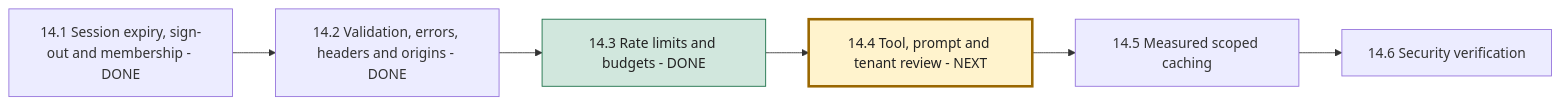
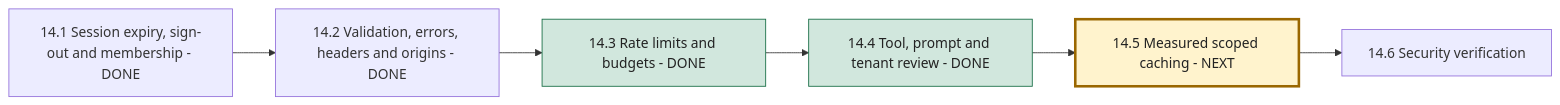
One commit to msdian0007/nexaAi changed the sixth of 6 diagrams in NEXAAI_ROADMAP.md. Above: the diagram before and after it, drawn with Mermaid. The commit also changed other lines of this file and 22 other files, not shown here.

Commit message:
prompts, tool permissions, tenant isolation and secrets

````diff
--- a/NEXAAI_ROADMAP.md
+++ b/NEXAAI_ROADMAP.md
@@ -373,10 +378,11 @@
 ```mermaid
 flowchart LR
     A[14.1 Session expiry, sign-out and membership - DONE] --> B[14.2 Validation, errors, headers and origins - DONE]
     B --> C[14.3 Rate limits and budgets - DONE]
-    C --> D[14.4 Tool, prompt and tenant review - NEXT]
-    D --> E[14.5 Measured scoped caching]
+    C --> D[14.4 Tool, prompt and tenant review - DONE]
+    D --> E[14.5 Measured scoped caching - NEXT]
     E --> F[14.6 Security verification]
     style C fill:#d1e7dd,stroke:#146c43,color:#222
-    style D fill:#fff3cd,stroke:#9a6700,stroke-width:3px,color:#222
+    style D fill:#d1e7dd,stroke:#146c43,color:#222
+    style E fill:#fff3cd,stroke:#9a6700,stroke-width:3px,color:#222
 ```
````
